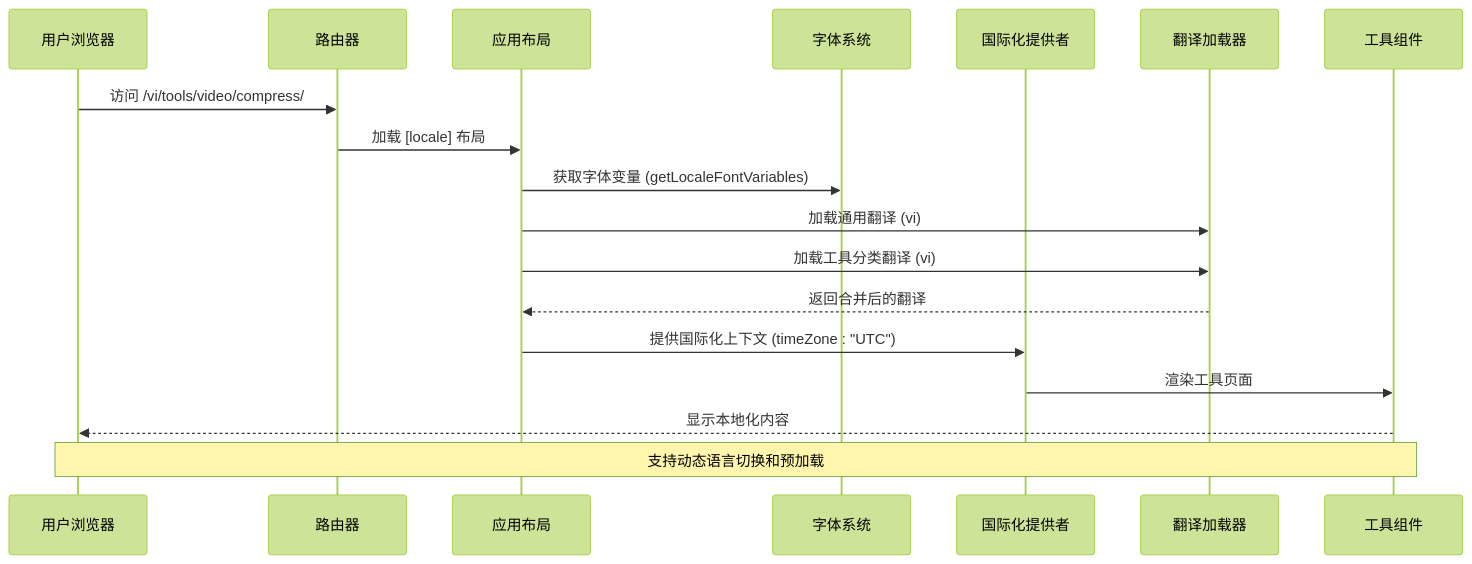
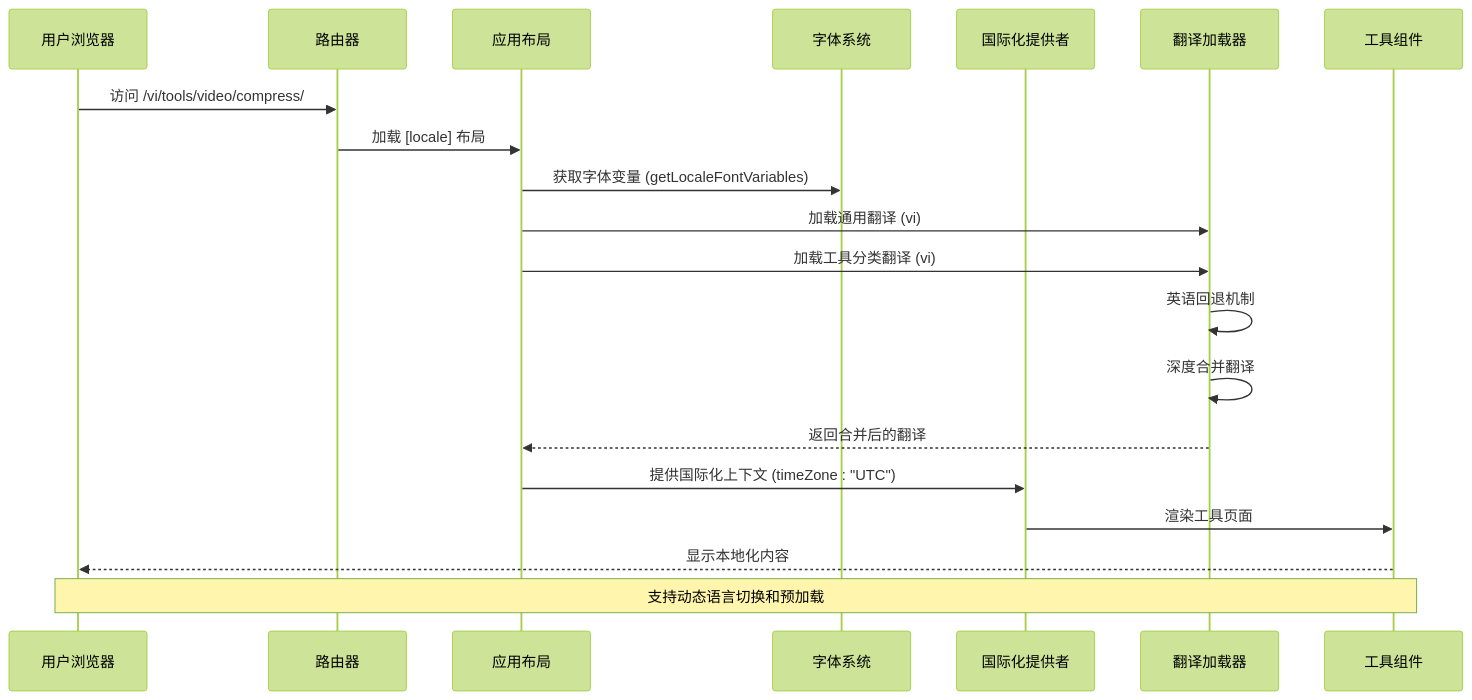
Before and after one commit to sgyy/privadeck: the seventh of 13 diagrams in .qoder/repowiki/zh/content/技术架构/国际化系统.md, drawn with Mermaid (forest theme). The commit also changed other lines of this file and 5 other files, not shown here.

````diff
--- a/.qoder/repowiki/zh/content/技术架构/国际化系统.md
+++ b/.qoder/repowiki/zh/content/技术架构/国际化系统.md
@@ -349,20 +410,22 @@
 ```mermaid
 sequenceDiagram
 participant User as 用户浏览器
 participant Router as 路由器
 participant Layout as 应用布局
 participant Fonts as 字体系统
 participant Provider as 国际化提供者
 participant Messages as 翻译加载器
 participant Tools as 工具组件
 User->>Router : 访问 /vi/tools/video/compress/
 Router->>Layout : 加载 [locale] 布局
 Layout->>Fonts : 获取字体变量 (getLocaleFontVariables)
 Layout->>Messages : 加载通用翻译 (vi)
 Layout->>Messages : 加载工具分类翻译 (vi)
+Messages->>Messages : 英语回退机制
+Messages->>Messages : 深度合并翻译
 Messages-->>Layout : 返回合并后的翻译
 Layout->>Provider : 提供国际化上下文 (timeZone : "UTC")
 Provider->>Tools : 渲染工具页面
 Tools-->>User : 显示本地化内容
 Note over User,Tools : 支持动态语言切换和预加载
 ```
````
